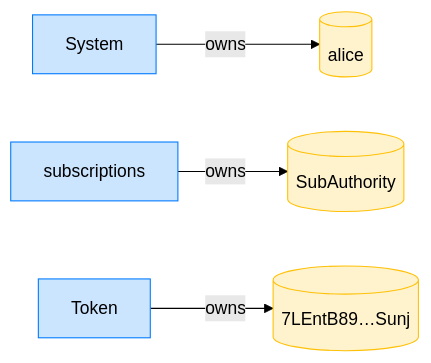
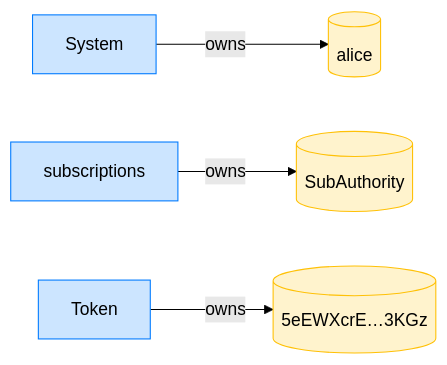
The fourth of 12 diagrams in dsl_tests/subscribe--happy-path-.md (cds-rs/subscriptions), drawn with Mermaid (forest theme) before and after one commit. The commit also changed other lines of this file and 224 other files, not shown here.

````diff
--- a/dsl_tests/subscribe--happy-path-.md
+++ b/dsl_tests/subscribe--happy-path-.md
@@ -73,14 +78,14 @@
 ```mermaid
 flowchart LR
     classDef owner fill:#cce5ff,stroke:#007bff;
     classDef account fill:#fff3cd,stroke:#ffc107;
     System[System]:::owner
     alice[(alice)]:::account
     subscriptions[subscriptions]:::owner
     SubAuthority[(SubAuthority)]:::account
     Token[Token]:::owner
-    7LEntB89_Sunj[("7LEntB89…Sunj")]:::account
+    5eEWXcrE_3KGz[("5eEWXcrE…3KGz")]:::account
     System -->|owns| alice
     subscriptions -->|owns| SubAuthority
-    Token -->|owns| 7LEntB89_Sunj
+    Token -->|owns| 5eEWXcrE_3KGz
 ```
````
